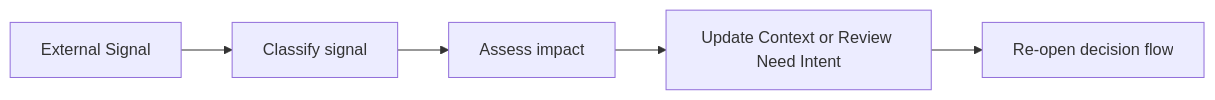
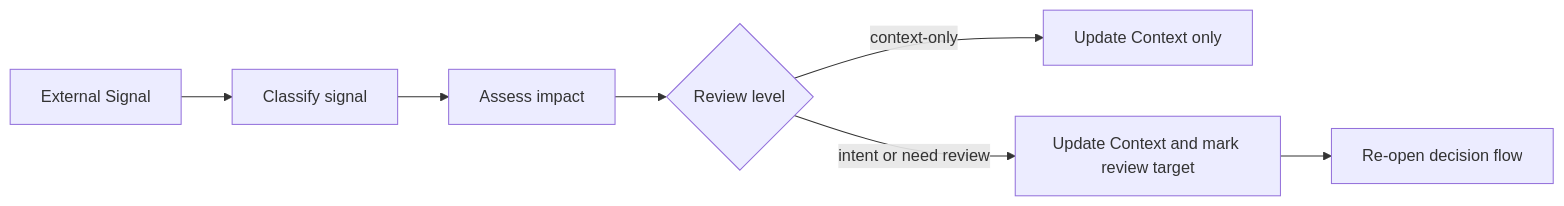
Before and after one commit to popcoondev/ai-organization-framework: the first of 2 diagrams in docs/external-signal-model.md, drawn with Mermaid. The commit also changed other lines of this file and 6 other files, not shown here.

Commit message:
Branch external signals by review level

````diff
--- a/docs/external-signal-model.md
+++ b/docs/external-signal-model.md
@@ -121,10 +122,14 @@
 ```mermaid
 flowchart LR
     signal[External Signal]
     classify[Classify signal]
     assess[Assess impact]
-    update[Update Context or Review Need Intent]
+    decision{Review level}
+    updateOnly[Update Context only]
+    updateReview[Update Context and mark review target]
     reopen[Re-open decision flow]
 
-    signal --> classify --> assess --> update --> reopen
+    signal --> classify --> assess --> decision
+    decision -->|context-only| updateOnly
+    decision -->|intent or need review| updateReview --> reopen
 ```
````
